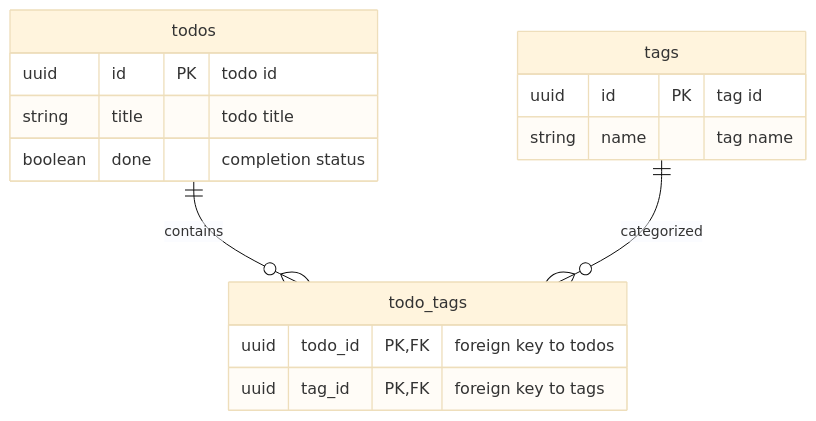
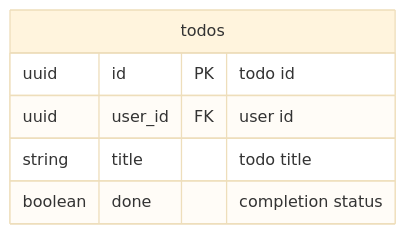
One commit to jimi024rion/time-design-backend changed the diagram in docs/er_diagram.md. Above: the diagram before and after it, drawn with Mermaid (base theme).

Commit message:
fix: ER Diagram(最小限の構成のtodosのみに)

````diff
--- a/docs/er_diagram.md
+++ b/docs/er_diagram.md
@@ -3,18 +3,27 @@
 ```mermaid
 erDiagram
-    todos ||--o{ todo_tags : contains
-    tags ||--o{ todo_tags : categorized
+    %% users ||--o{ todos : contains
+    %% users ||--o{ tags : contains
+    %% todos ||--o{ todo_tags : contains
+    %% tags ||--o{ todo_tags : categorized
+    
+    %% users{
+    %%     uuid id PK "user id"
+    %%     string name
+    %% }
     todos {
         uuid id PK "todo id"
+        uuid user_id FK "user id"
         string title "todo title"
         boolean done "completion status"
     }
-    tags {
-        uuid id PK "tag id"
-        string name "tag name"
-    }
-    todo_tags {
-        uuid todo_id PK,FK "foreign key to todos"
-        uuid tag_id PK,FK "foreign key to tags"
-    }
+    %% tags {
+    %%     uuid id PK "tag id"
+    %%     uuid user_id PK,FK "user id"
+    %%     string name "tag name"
+    %% }
+    %% todo_tags {
+    %%     uuid todo_id PK,FK "foreign key to todos"
+    %%     uuid tag_id PK,FK "foreign key to tags"
+    %% }
 ```
````
